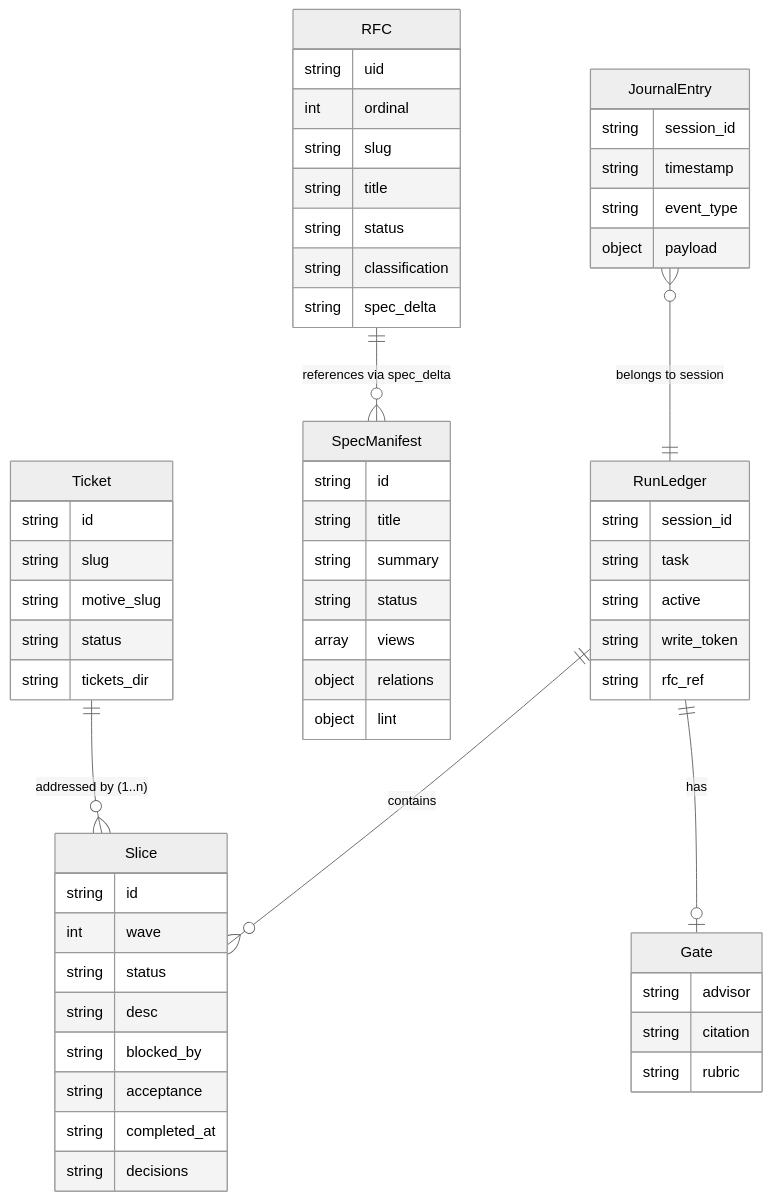
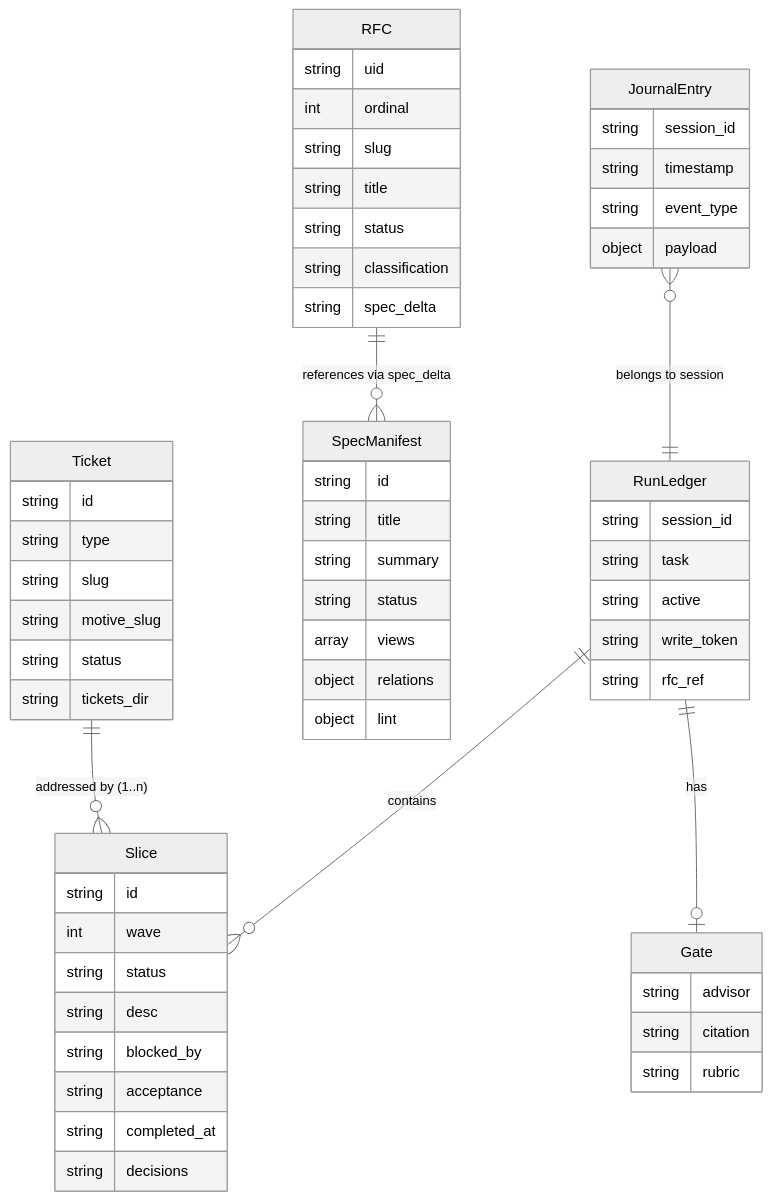
Before and after one commit to IniZio/groundwork: the diagram in doc/specs/artifact/data-model.md, drawn with Mermaid (neutral theme). The commit also changed other lines of this file and 3 other files, not shown here.

````diff
--- a/doc/specs/artifact/data-model.md
+++ b/doc/specs/artifact/data-model.md
@@ -8,63 +8,64 @@
 ```mermaid
 erDiagram
     RunLedger {
         string session_id
         string task
         string active
         string write_token
         string rfc_ref
     }
     Slice {
         string id
         int wave
         string status
         string desc
         string blocked_by
         string acceptance
         string completed_at
         string decisions
     }
     Gate {
         string advisor
         string citation
         string rubric
     }
     RFC {
         string uid
         int ordinal
         string slug
         string title
         string status
         string classification
         string spec_delta
     }
     JournalEntry {
         string session_id
         string timestamp
         string event_type
         object payload
     }
     SpecManifest {
         string id
         string title
         string summary
         string status
         array views
         object relations
         object lint
     }
 
     Ticket {
         string id
+        string type
         string slug
         string motive_slug
         string status
         string tickets_dir
     }
 
     RunLedger ||--o{ Slice : "contains"
     RunLedger ||--o| Gate : "has"
     RFC ||--o{ SpecManifest : "references via spec_delta"
     JournalEntry }o--|| RunLedger : "belongs to session"
     Ticket ||--o{ Slice : "addressed by (1..n)"
 ```
````
